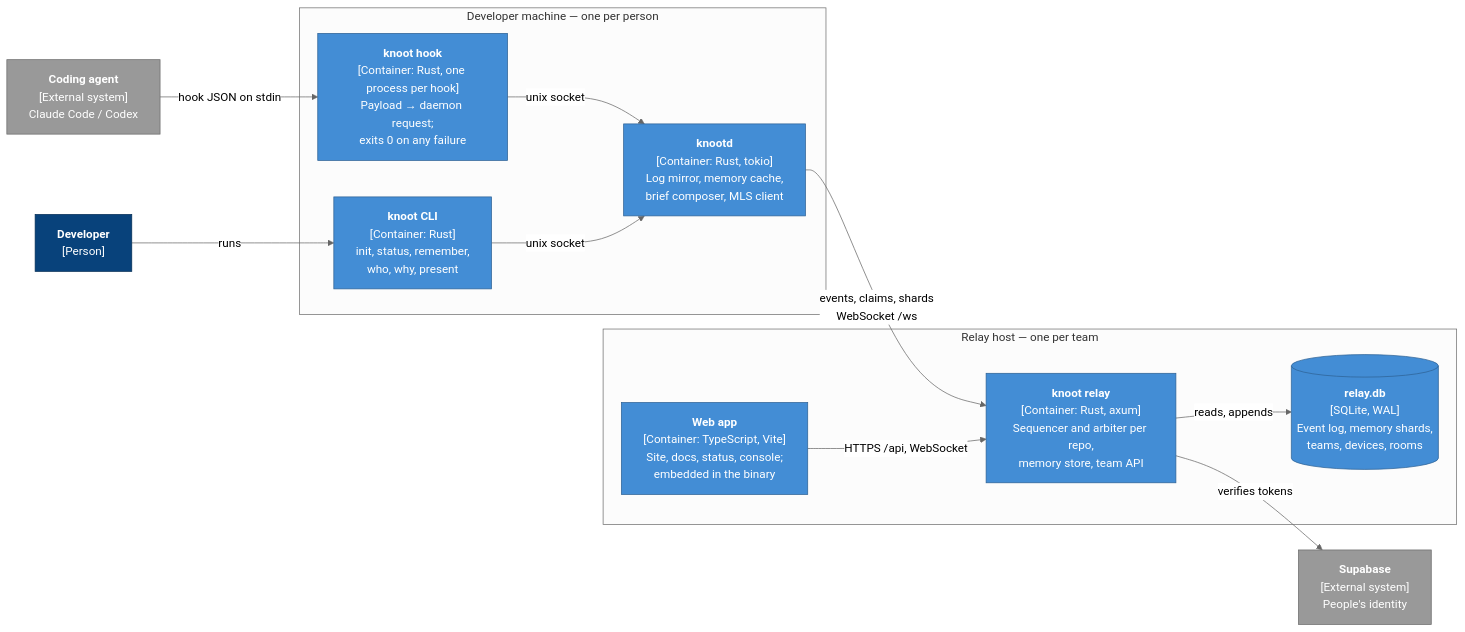
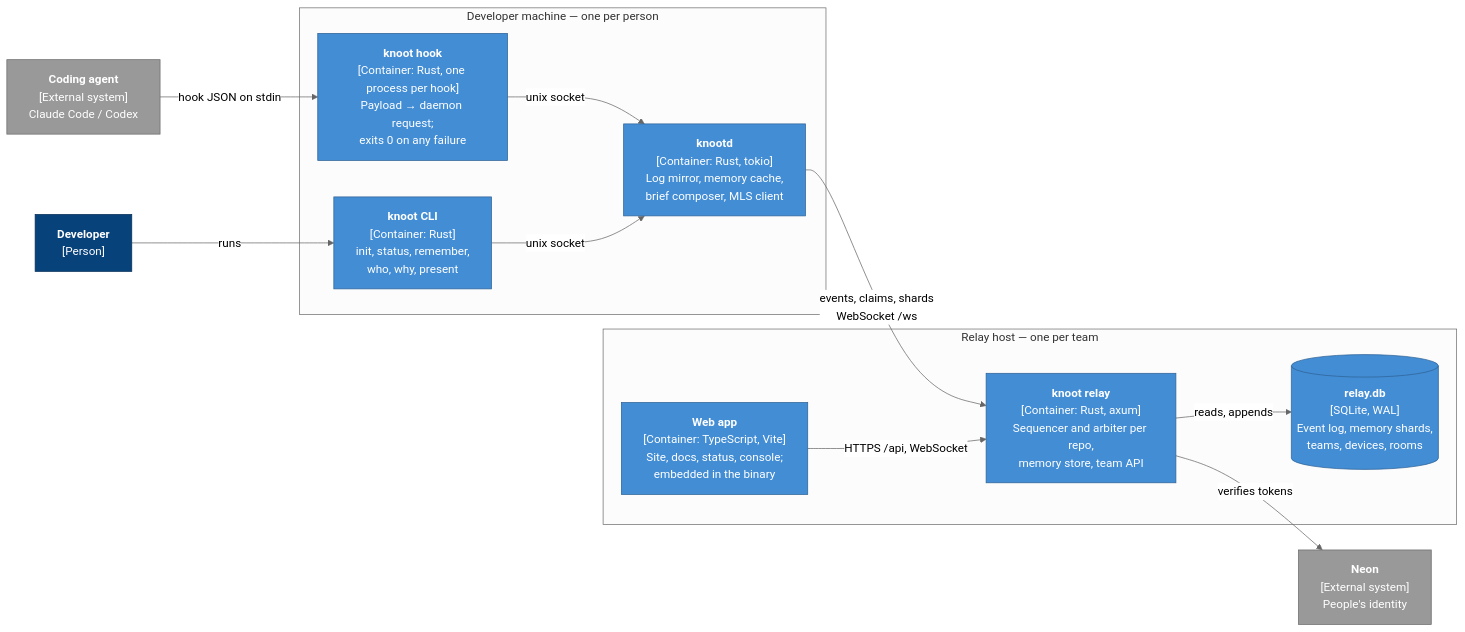
Before and after one commit to Ash20pk/knoot: the second of 6 diagrams in README.md, drawn with Mermaid (neutral theme). The commit also changed other lines of this file and 31 other files, not shown here.

First line of the commit message:
identity: people sign in through neon auth and the data api instead of supabase, and the relay holds no database secret

````diff
--- a/README.md
+++ b/README.md
@@ -168,34 +168,34 @@
 ```mermaid
 flowchart LR
   agent["<b>Coding agent</b><br/>[External system]<br/>Claude Code / Codex"]:::external
   dev["<b>Developer</b><br/>[Person]"]:::person
 
   subgraph machine["Developer machine — one per person"]
     hook["<b>knoot hook</b><br/>[Container: Rust, one process per hook]<br/>Payload → daemon request;<br/>exits 0 on any failure"]:::container
     cli["<b>knoot CLI</b><br/>[Container: Rust]<br/>init, status, remember,<br/>who, why, present"]:::container
     daemon["<b>knootd</b><br/>[Container: Rust, tokio]<br/>Log mirror, memory cache,<br/>brief composer, MLS client"]:::container
   end
 
   subgraph server["Relay host — one per team"]
     relay["<b>knoot relay</b><br/>[Container: Rust, axum]<br/>Sequencer and arbiter per repo,<br/>memory store, team API"]:::container
     db[("<b>relay.db</b><br/>[SQLite, WAL]<br/>Event log, memory shards,<br/>teams, devices, rooms")]:::db
     web["<b>Web app</b><br/>[Container: TypeScript, Vite]<br/>Site, docs, status, console;<br/>embedded in the binary"]:::container
   end
 
-  supabase["<b>Supabase</b><br/>[External system]<br/>People's identity"]:::external
+  neon["<b>Neon</b><br/>[External system]<br/>People's identity"]:::external
 
   agent -- "hook JSON on stdin" --> hook
   dev -- "runs" --> cli
   hook -- "unix socket" --> daemon
   cli -- "unix socket" --> daemon
   daemon -- "events, claims, shards<br/>WebSocket /ws" --> relay
   relay -- "reads, appends" --> db
   web -- "HTTPS /api, WebSocket" --> relay
-  relay -- "verifies tokens" --> supabase
+  relay -- "verifies tokens" --> neon
   classDef person fill:#08427b,stroke:#052e56,color:#fff
   classDef system fill:#1168bd,stroke:#0b4884,color:#fff
   classDef container fill:#438dd5,stroke:#2e6295,color:#fff
   classDef component fill:#85bbf0,stroke:#5d82a8,color:#000
   classDef external fill:#999999,stroke:#6b6b6b,color:#fff
   classDef db fill:#438dd5,stroke:#2e6295,color:#fff
 ```
````
